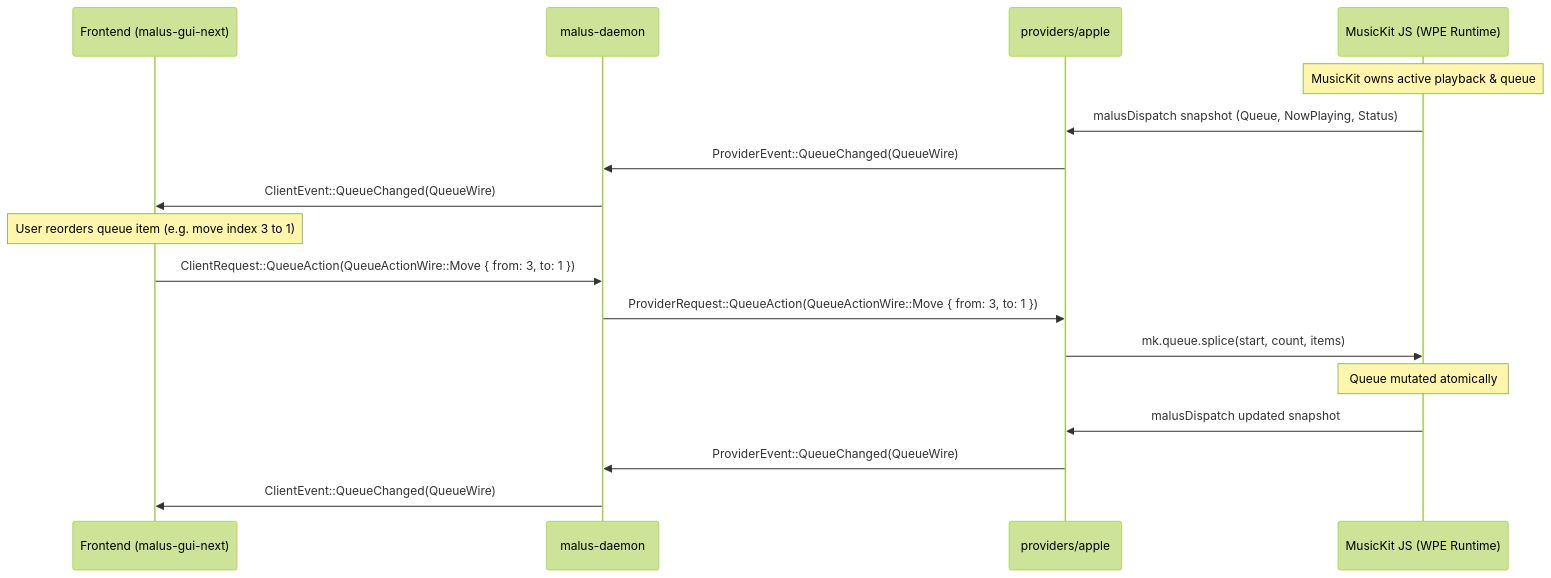
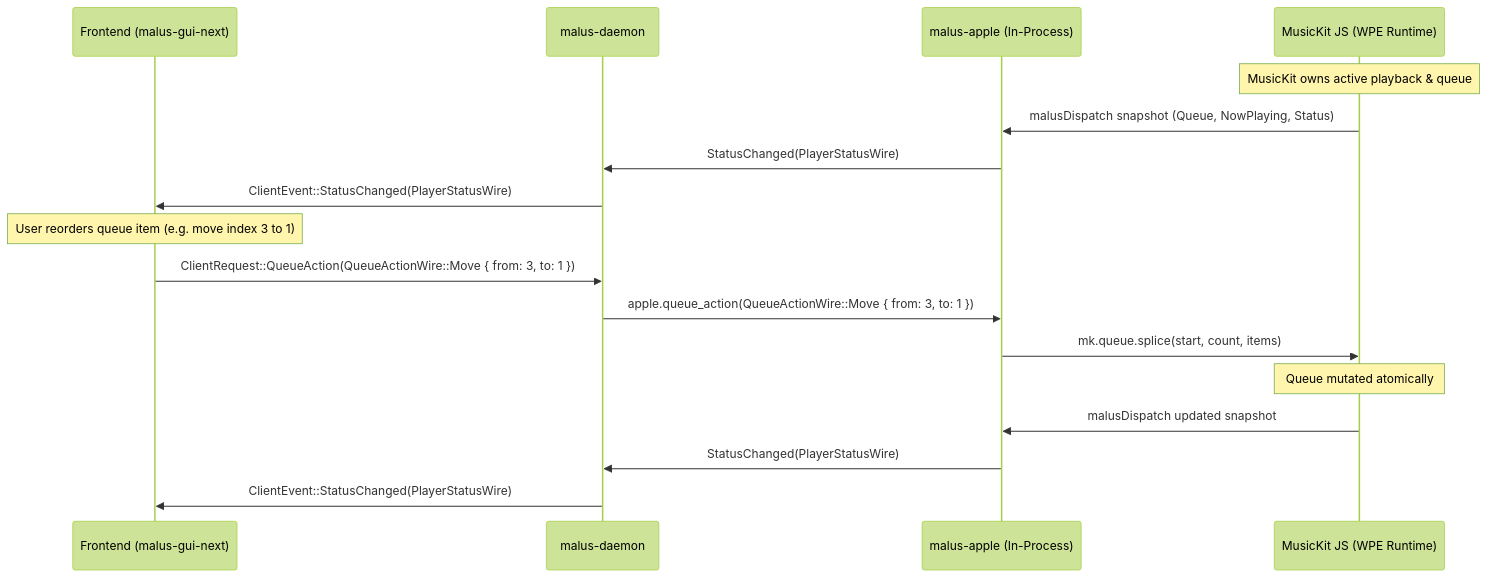
One commit to sea-deep/malus changed the diagram in docs/apple-music-ecosystem-plan.md. Above: the diagram before and after it, drawn with Mermaid (forest theme). The commit also changed other lines of this file and 56 other files, not shown here.

Commit message:
refactor: transition to Apple-First native architecture and integrate Apple pages

````diff
--- a/docs/apple-music-ecosystem-plan.md
+++ b/docs/apple-music-ecosystem-plan.md
@@ -297,21 +299,21 @@
 ```mermaid
 sequenceDiagram
     participant GUI as Frontend (malus-gui-next)
     participant Daemon as malus-daemon
-    participant Provider as providers/apple
+    participant Apple as malus-apple (In-Process)
     participant WPE as MusicKit JS (WPE Runtime)
 
     Note over WPE: MusicKit owns active playback & queue
-    WPE->>Provider: malusDispatch snapshot (Queue, NowPlaying, Status)
-    Provider->>Daemon: ProviderEvent::QueueChanged(QueueWire)
-    Daemon->>GUI: ClientEvent::QueueChanged(QueueWire)
+    WPE->>Apple: malusDispatch snapshot (Queue, NowPlaying, Status)
+    Apple->>Daemon: StatusChanged(PlayerStatusWire)
+    Daemon->>GUI: ClientEvent::StatusChanged(PlayerStatusWire)
     
     Note over GUI: User reorders queue item (e.g. move index 3 to 1)
     GUI->>Daemon: ClientRequest::QueueAction(QueueActionWire::Move { from: 3, to: 1 })
-    Daemon->>Provider: ProviderRequest::QueueAction(QueueActionWire::Move { from: 3, to: 1 })
-    Provider->>WPE: mk.queue.splice(start, count, items)
+    Daemon->>Apple: apple.queue_action(QueueActionWire::Move { from: 3, to: 1 })
+    Apple->>WPE: mk.queue.splice(start, count, items)
     Note over WPE: Queue mutated atomically
-    WPE->>Provider: malusDispatch updated snapshot
-    Provider->>Daemon: ProviderEvent::QueueChanged(QueueWire)
-    Daemon->>GUI: ClientEvent::QueueChanged(QueueWire)
+    WPE->>Apple: malusDispatch updated snapshot
+    Apple->>Daemon: StatusChanged(PlayerStatusWire)
+    Daemon->>GUI: ClientEvent::StatusChanged(PlayerStatusWire)
 ```
````
